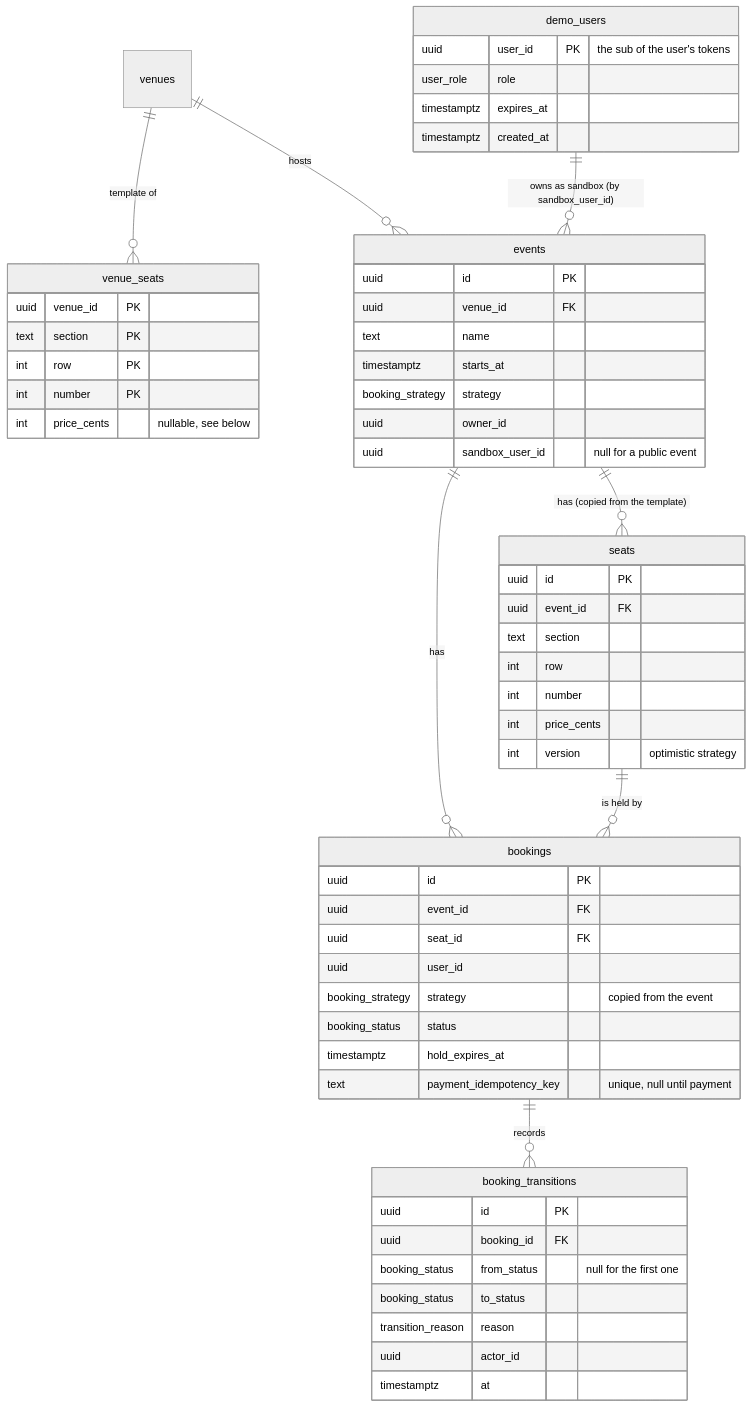
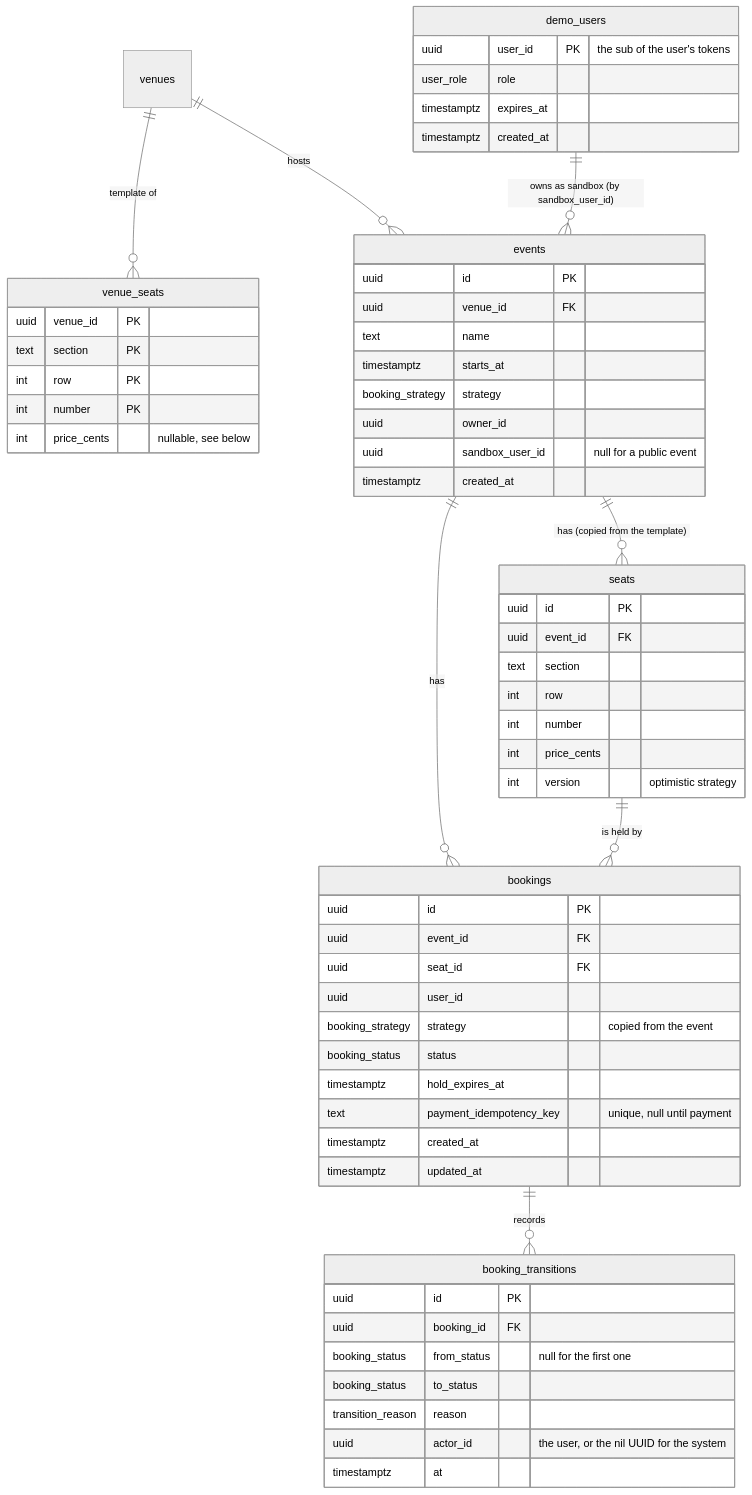
The first of 2 diagrams in docs/data-model.md (oguzbits/ticketmaster), drawn with Mermaid (neutral theme) before and after one commit. The commit also changed other lines of this file and 3 other files, not shown here.

````diff
--- a/docs/data-model.md
+++ b/docs/data-model.md
@@ -10,61 +10,64 @@
 ```mermaid
 erDiagram
     venues ||--o{ venue_seats : "template of"
     venues ||--o{ events : "hosts"
     events ||--o{ seats : "has (copied from the template)"
     events ||--o{ bookings : "has"
     seats ||--o{ bookings : "is held by"
     bookings ||--o{ booking_transitions : "records"
     demo_users ||--o{ events : "owns as sandbox (by sandbox_user_id)"
 
     venue_seats {
         uuid venue_id PK
         text section PK
         int row PK
         int number PK
         int price_cents "nullable, see below"
     }
     events {
         uuid id PK
         uuid venue_id FK
         text name
         timestamptz starts_at
         booking_strategy strategy
         uuid owner_id
         uuid sandbox_user_id "null for a public event"
+        timestamptz created_at
     }
     seats {
         uuid id PK
         uuid event_id FK
         text section
         int row
         int number
         int price_cents
         int version "optimistic strategy"
     }
     bookings {
         uuid id PK
         uuid event_id FK
         uuid seat_id FK
         uuid user_id
         booking_strategy strategy "copied from the event"
         booking_status status
         timestamptz hold_expires_at
         text payment_idempotency_key "unique, null until payment"
+        timestamptz created_at
+        timestamptz updated_at
     }
     demo_users {
         uuid user_id PK "the sub of the user's tokens"
         user_role role
         timestamptz expires_at
         timestamptz created_at
     }
     booking_transitions {
         uuid id PK
         uuid booking_id FK
         booking_status from_status "null for the first one"
         booking_status to_status
         transition_reason reason
-        uuid actor_id
+        uuid actor_id "the user, or the nil UUID for the system"
         timestamptz at
     }
 ```
````
